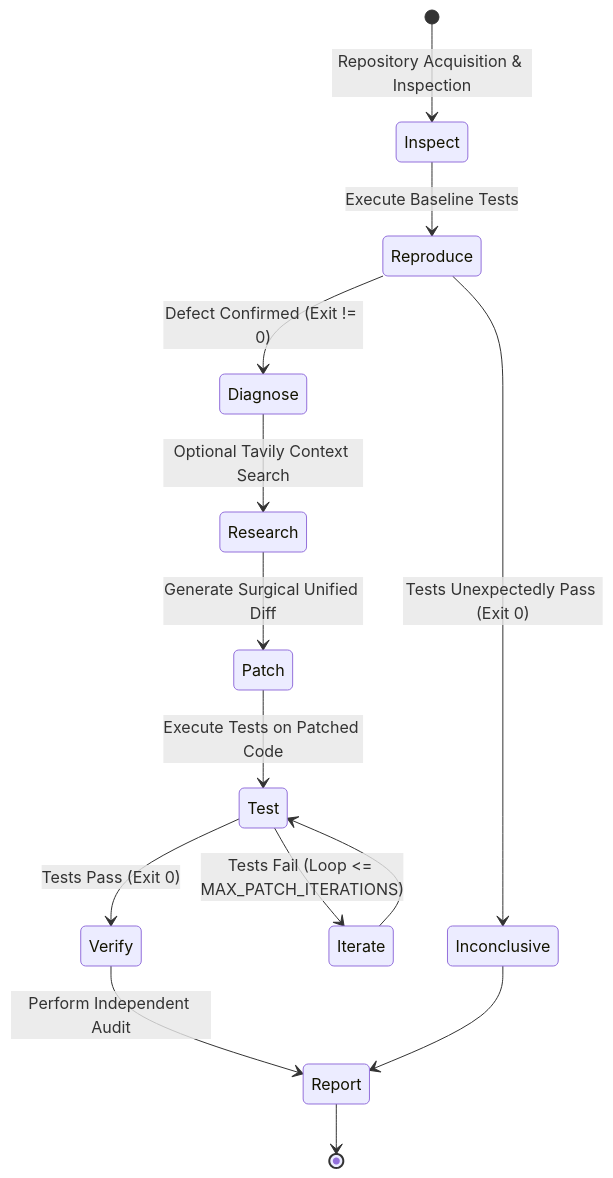
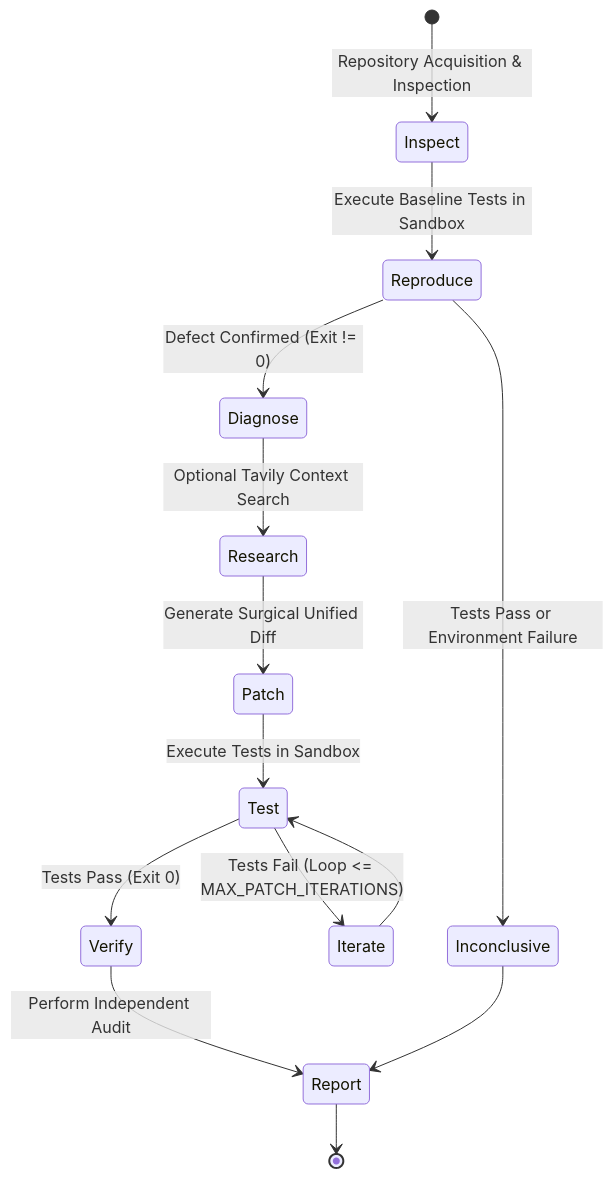
Before and after one commit to VaibhavSoni24/ProofPatch: the second of 2 diagrams in docs/ARCHITECTURE.md, drawn with Mermaid. The commit also changed other lines of this file and 7 other files, not shown here.

````diff
--- a/docs/ARCHITECTURE.md
+++ b/docs/ARCHITECTURE.md
@@ -41,16 +43,16 @@
 ```mermaid
 stateDiagram-v2
     [*] --> Inspect: Repository Acquisition & Inspection
-    Inspect --> Reproduce: Execute Baseline Tests
-    Reproduce --> Inconclusive: Tests Unexpectedly Pass (Exit 0)
+    Inspect --> Reproduce: Execute Baseline Tests in Sandbox
+    Reproduce --> Inconclusive: Tests Pass or Environment Failure
     Reproduce --> Diagnose: Defect Confirmed (Exit != 0)
     Diagnose --> Research: Optional Tavily Context Search
     Research --> Patch: Generate Surgical Unified Diff
-    Patch --> Test: Execute Tests on Patched Code
+    Patch --> Test: Execute Tests in Sandbox
     Test --> Iterate: Tests Fail (Loop <= MAX_PATCH_ITERATIONS)
     Iterate --> Test
     Test --> Verify: Tests Pass (Exit 0)
     Verify --> Report: Perform Independent Audit
     Inconclusive --> Report
     Report --> [*]
 ```
````
